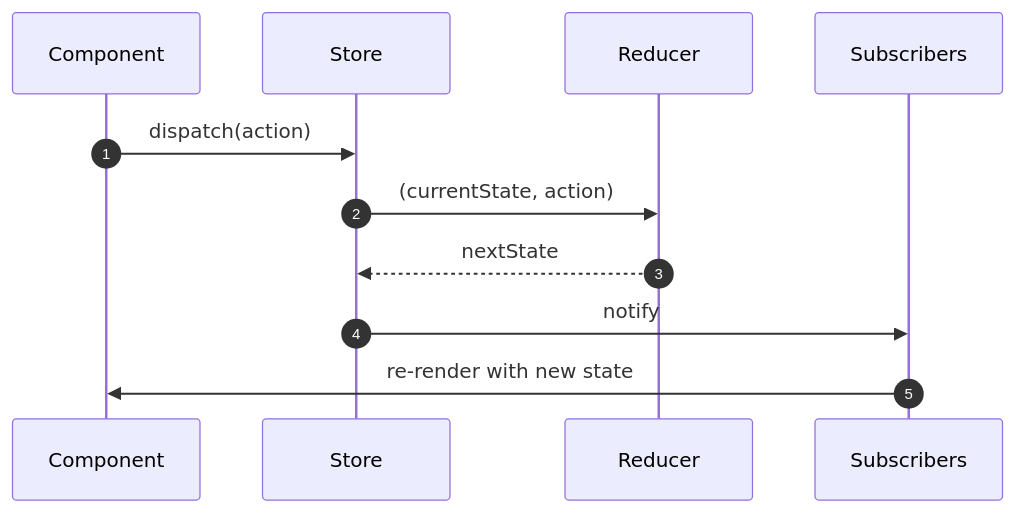
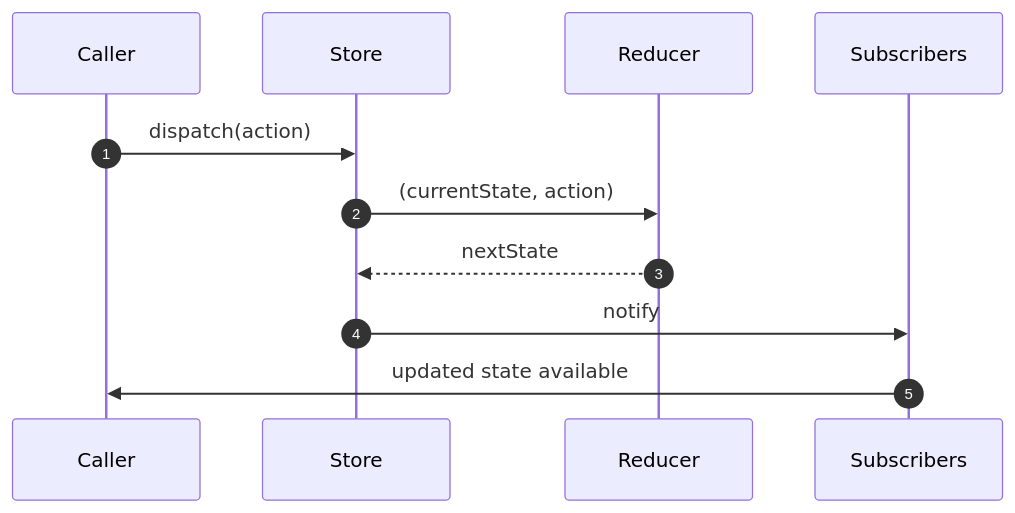
One commit to sunilmogadati/ai-fullstack-patterns changed the tenth of 17 diagrams in docs/redux-toolkit.md. Above: the diagram before and after it, drawn with Mermaid. The commit also changed other lines of this file, not shown here.

````diff
--- a/docs/redux-toolkit.md
+++ b/docs/redux-toolkit.md
@@ -444,13 +446,13 @@
 ```mermaid
 sequenceDiagram
     autonumber
-    participant C as Component
+    participant C as Caller
     participant S as Store
     participant R as Reducer
     participant Subs as Subscribers
     C->>S: dispatch(action)
     S->>R: (currentState, action)
     R-->>S: nextState
     S->>Subs: notify
-    Subs->>C: re-render with new state
+    Subs->>C: updated state available
 ```
````
